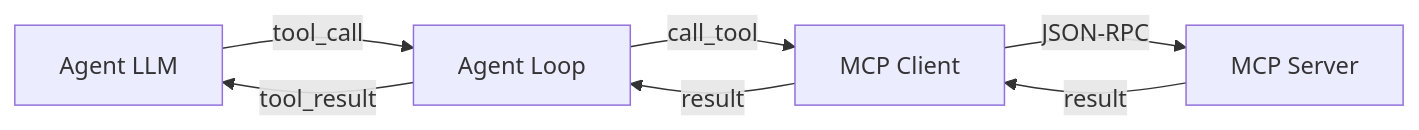
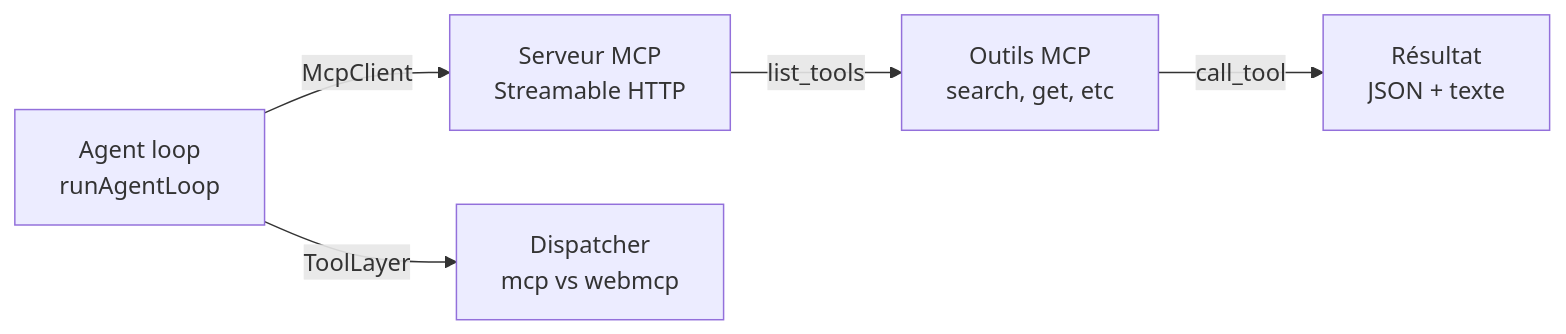
The diagram in docs-site/src/content/docs/tutorials/connect-mcp-server.mdx (jeanbaptiste/webmcp-auto-ui), drawn with Mermaid before and after one commit. The commit also changed other lines of this file and 23 other files, not shown here.

````diff
--- a/docs-site/src/content/docs/tutorials/connect-mcp-server.mdx
+++ b/docs-site/src/content/docs/tutorials/connect-mcp-server.mdx
@@ -17,9 +12,7 @@
 ```mermaid
 graph LR
-    A["Agent LLM"] -->|tool_call| B["Agent Loop"]
-    B -->|call_tool| C["MCP Client"]
-    C -->|JSON-RPC| D["MCP Server"]
-    D -->|result| C
-    C -->|result| B
-    B -->|tool_result| A
+  A["Agent loop<br/>runAgentLoop"] -->|McpClient| B["Serveur MCP<br/>Streamable HTTP"]
+  B -->|list_tools| C["Outils MCP<br/>search, get, etc"]
+  C -->|call_tool| D["Résultat<br/>JSON + texte"]
+  A -->|ToolLayer| E["Dispatcher<br/>mcp vs webmcp"]
 ```
````
